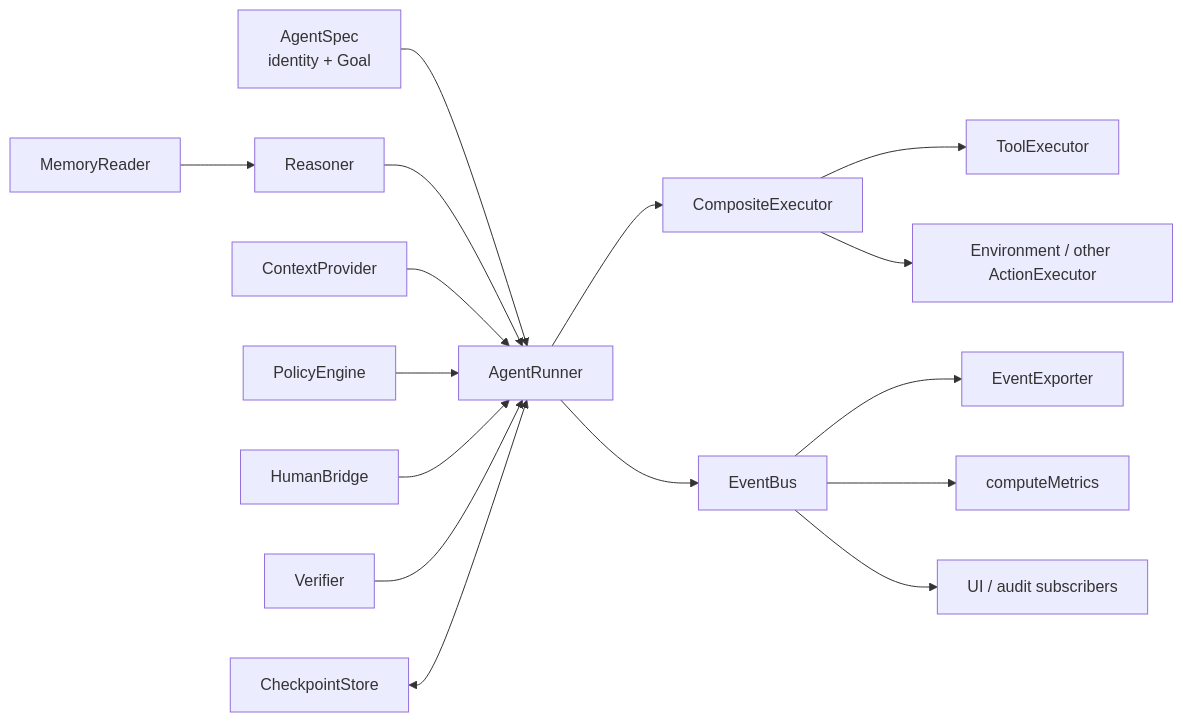
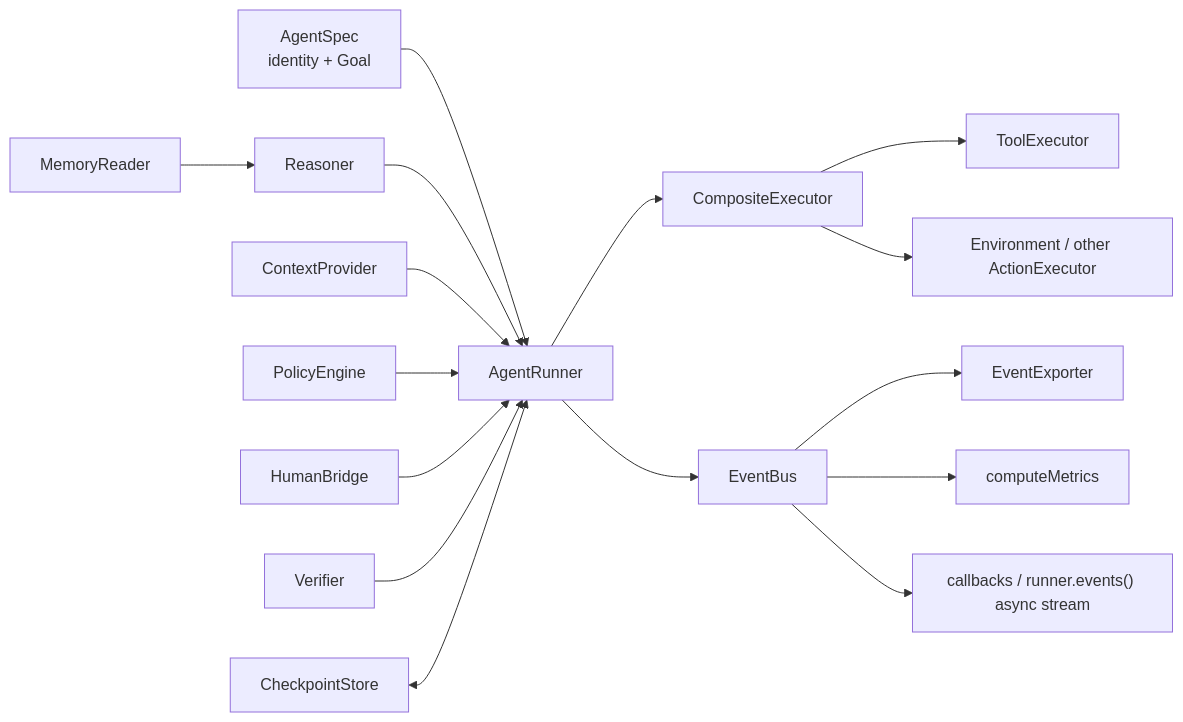
One commit to balureddy003/Naro changed the third of 13 diagrams in docs/architecture.md. Above: the diagram before and after it, drawn with Mermaid. The commit also changed other lines of this file and 63 other files, not shown here.

````diff
--- a/docs/architecture.md
+++ b/docs/architecture.md
@@ -231,20 +245,20 @@
 ```mermaid
 flowchart LR
     spec["AgentSpec\nidentity + Goal"] --> runner["AgentRunner"]
     reasoner["Reasoner"] --> runner
     context["ContextProvider"] --> runner
     memory["MemoryReader"] --> reasoner
     policy["PolicyEngine"] --> runner
     human["HumanBridge"] --> runner
     verifier["Verifier"] --> runner
     checkpoints["CheckpointStore"] <--> runner
 
     runner --> router["CompositeExecutor"]
     router --> toolExec["ToolExecutor"]
     router --> environment["Environment / other ActionExecutor"]
 
     runner --> events["EventBus"]
     events --> exporter["EventExporter"]
     events --> metrics["computeMetrics"]
-    events --> ui["UI / audit subscribers"]
+    events --> ui["callbacks / runner.events() async stream"]
 ```
````
